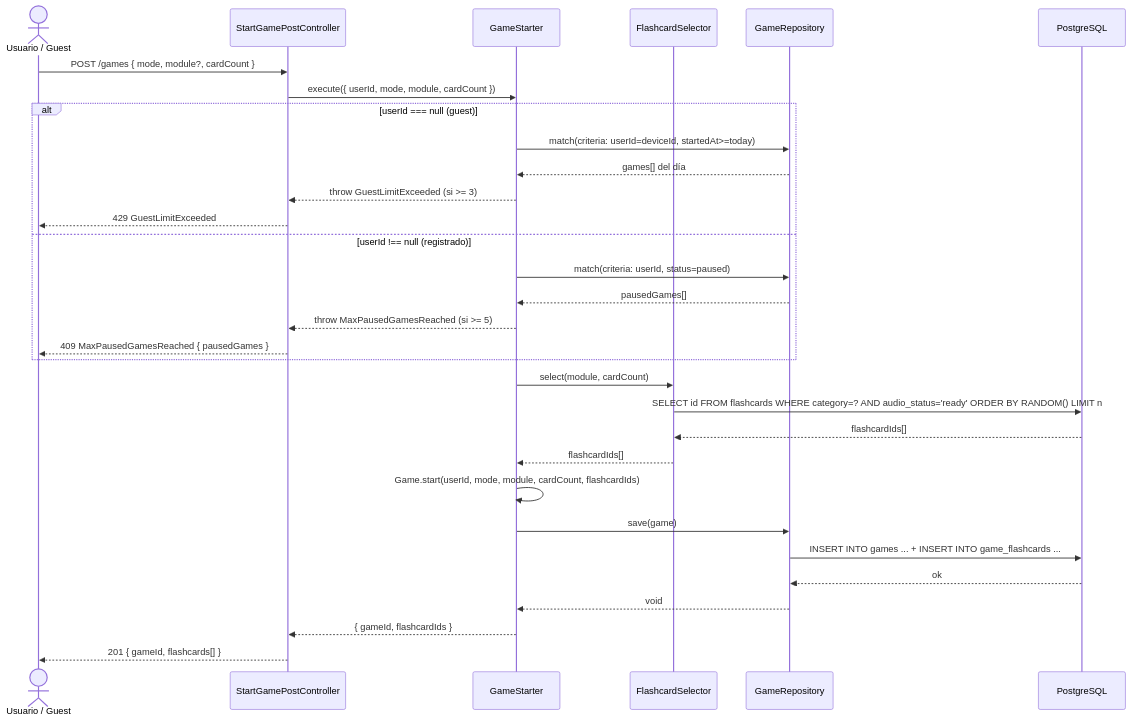
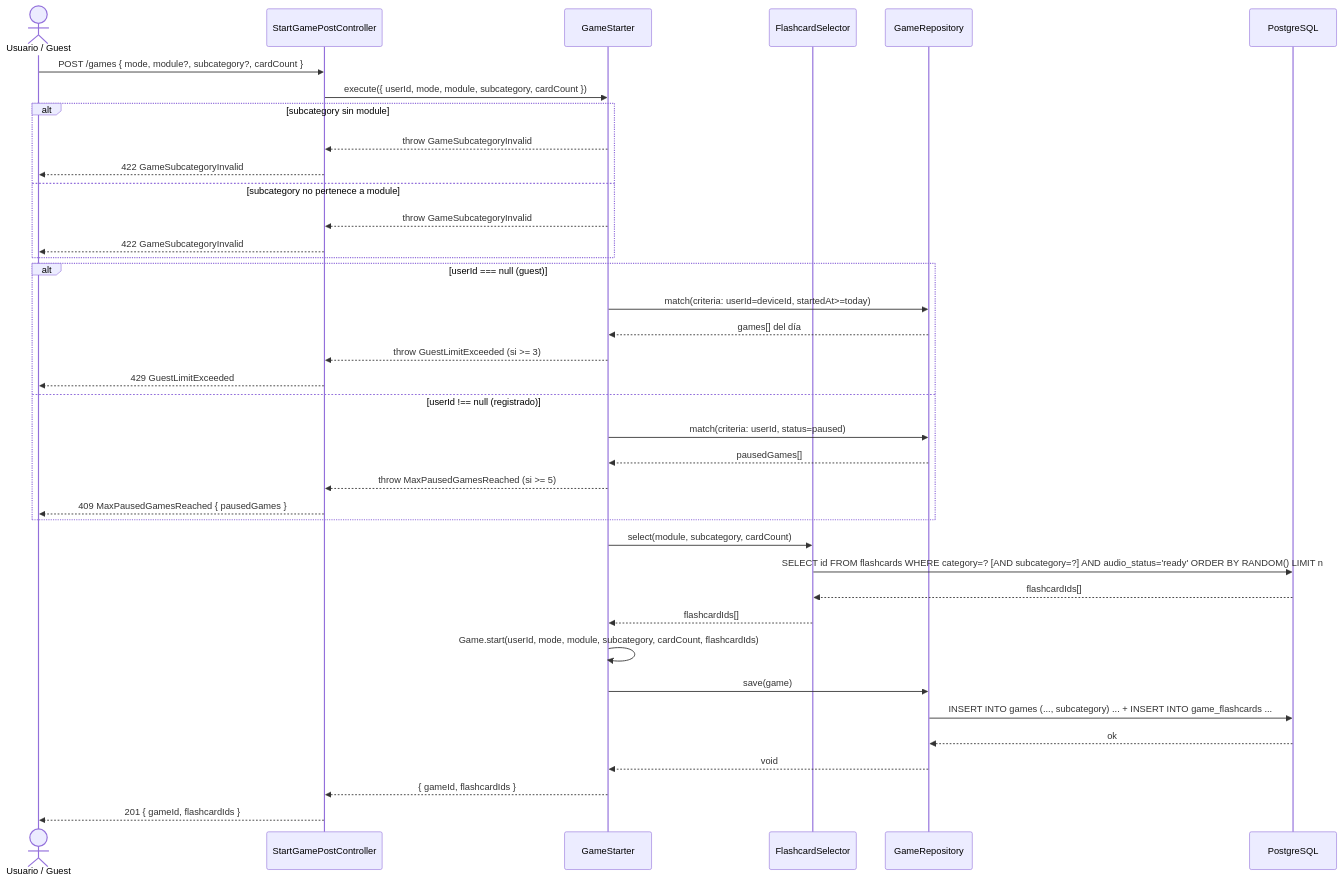
One commit to AbrahamVilchesDeLaCruz/ididntcatchthat changed the diagram in docs/apps/api/gaming/start/sequence.md. Above: the diagram before and after it, drawn with Mermaid. The commit also changed other lines of this file and 31 other files, not shown here.

First line of the commit message:
feat(gaming): add subcategory scope for game start

````diff
--- a/docs/apps/api/gaming/start/sequence.md
+++ b/docs/apps/api/gaming/start/sequence.md
@@ -3,38 +3,46 @@
 ```mermaid
 sequenceDiagram
     actor U as Usuario / Guest
     participant C as StartGamePostController
     participant UC as GameStarter
     participant FS as FlashcardSelector
     participant GR as GameRepository
     participant DB as PostgreSQL
 
-    U->>C: POST /games { mode, module?, cardCount }
-    C->>UC: execute({ userId, mode, module, cardCount })
+    U->>C: POST /games { mode, module?, subcategory?, cardCount }
+    C->>UC: execute({ userId, mode, module, subcategory, cardCount })
+
+    alt subcategory sin module
+        UC-->>C: throw GameSubcategoryInvalid
+        C-->>U: 422 GameSubcategoryInvalid
+    else subcategory no pertenece a module
+        UC-->>C: throw GameSubcategoryInvalid
+        C-->>U: 422 GameSubcategoryInvalid
+    end
 
     alt userId === null (guest)
         UC->>GR: match(criteria: userId=deviceId, startedAt>=today)
         GR-->>UC: games[] del día
         UC-->>C: throw GuestLimitExceeded (si >= 3)
         C-->>U: 429 GuestLimitExceeded
     else userId !== null (registrado)
         UC->>GR: match(criteria: userId, status=paused)
         GR-->>UC: pausedGames[]
         UC-->>C: throw MaxPausedGamesReached (si >= 5)
         C-->>U: 409 MaxPausedGamesReached { pausedGames }
     end
 
-    UC->>FS: select(module, cardCount)
-    FS->>DB: SELECT id FROM flashcards WHERE category=? AND audio_status='ready' ORDER BY RANDOM() LIMIT n
+    UC->>FS: select(module, subcategory, cardCount)
+    FS->>DB: SELECT id FROM flashcards WHERE category=? [AND subcategory=?] AND audio_status='ready' ORDER BY RANDOM() LIMIT n
     DB-->>FS: flashcardIds[]
     FS-->>UC: flashcardIds[]
 
-    UC->>UC: Game.start(userId, mode, module, cardCount, flashcardIds)
+    UC->>UC: Game.start(userId, mode, module, subcategory, cardCount, flashcardIds)
     UC->>GR: save(game)
-    GR->>DB: INSERT INTO games ... + INSERT INTO game_flashcards ...
+    GR->>DB: INSERT INTO games (..., subcategory) ... + INSERT INTO game_flashcards ...
     DB-->>GR: ok
     GR-->>UC: void
 
     UC-->>C: { gameId, flashcardIds }
-    C-->>U: 201 { gameId, flashcards[] }
+    C-->>U: 201 { gameId, flashcardIds }
 ```
````
